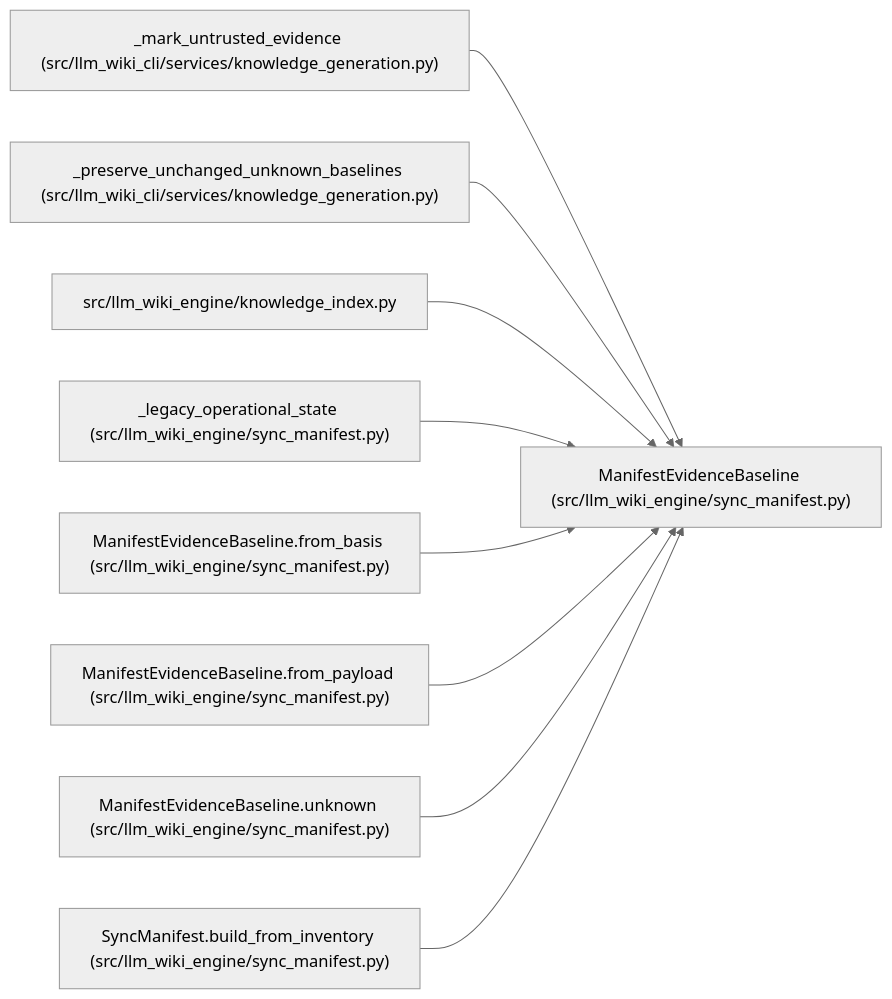
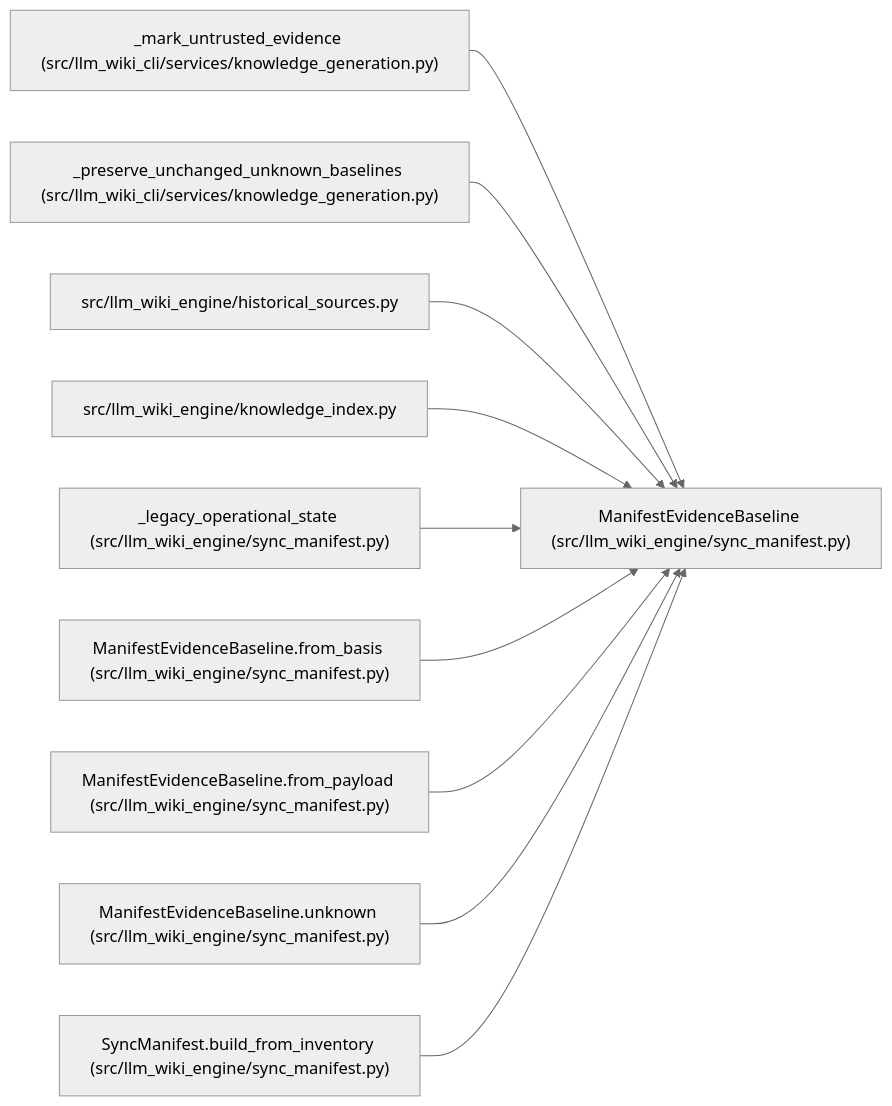
Before and after one commit to Denissvgn/python-wiki-llm: the diagram in docs/llm_wiki/entities/ManifestEvidenceBaseline.md, drawn with Mermaid (neutral theme). The commit also changed other lines of this file and 699 other files, not shown here.

````diff
--- a/docs/llm_wiki/entities/ManifestEvidenceBaseline.md
+++ b/docs/llm_wiki/entities/ManifestEvidenceBaseline.md
@@ -35,29 +35,32 @@
 ```mermaid
 flowchart LR
     n0["ManifestEvidenceBaseline (src/llm_wiki_engine/sync_manifest.py)"]
     n1["_mark_untrusted_evidence (src/llm_wiki_cli/services/knowledge_generation.py)"]
     n2["_preserve_unchanged_unknown_baselines (src/llm_wiki_cli/services/knowledge_generation.py)"]
-    n3["src/llm_wiki_engine/knowledge_index.py"]
-    n4["_legacy_operational_state (src/llm_wiki_engine/sync_manifest.py)"]
-    n5["ManifestEvidenceBaseline.from_basis (src/llm_wiki_engine/sync_manifest.py)"]
-    n6["ManifestEvidenceBaseline.from_payload (src/llm_wiki_engine/sync_manifest.py)"]
-    n7["ManifestEvidenceBaseline.unknown (src/llm_wiki_engine/sync_manifest.py)"]
-    n8["SyncManifest.build_from_inventory (src/llm_wiki_engine/sync_manifest.py)"]
+    n3["src/llm_wiki_engine/historical_sources.py"]
+    n4["src/llm_wiki_engine/knowledge_index.py"]
+    n5["_legacy_operational_state (src/llm_wiki_engine/sync_manifest.py)"]
+    n6["ManifestEvidenceBaseline.from_basis (src/llm_wiki_engine/sync_manifest.py)"]
+    n7["ManifestEvidenceBaseline.from_payload (src/llm_wiki_engine/sync_manifest.py)"]
+    n8["ManifestEvidenceBaseline.unknown (src/llm_wiki_engine/sync_manifest.py)"]
+    n9["SyncManifest.build_from_inventory (src/llm_wiki_engine/sync_manifest.py)"]
     n1 --> n0
     n2 --> n0
     n3 --> n0
     n4 --> n0
     n5 --> n0
     n6 --> n0
     n7 --> n0
     n8 --> n0
+    n9 --> n0
     click n0 "../modules/sync_manifest.md"
     click n1 "../modules/knowledge_generation.md"
     click n2 "../modules/knowledge_generation.md"
-    click n3 "../modules/knowledge_index.md"
-    click n4 "../modules/sync_manifest.md"
+    click n3 "../modules/historical_sources.md"
+    click n4 "../modules/knowledge_index.md"
     click n5 "../modules/sync_manifest.md"
     click n6 "../modules/sync_manifest.md"
     click n7 "../modules/sync_manifest.md"
     click n8 "../modules/sync_manifest.md"
+    click n9 "../modules/sync_manifest.md"
 ```
````
